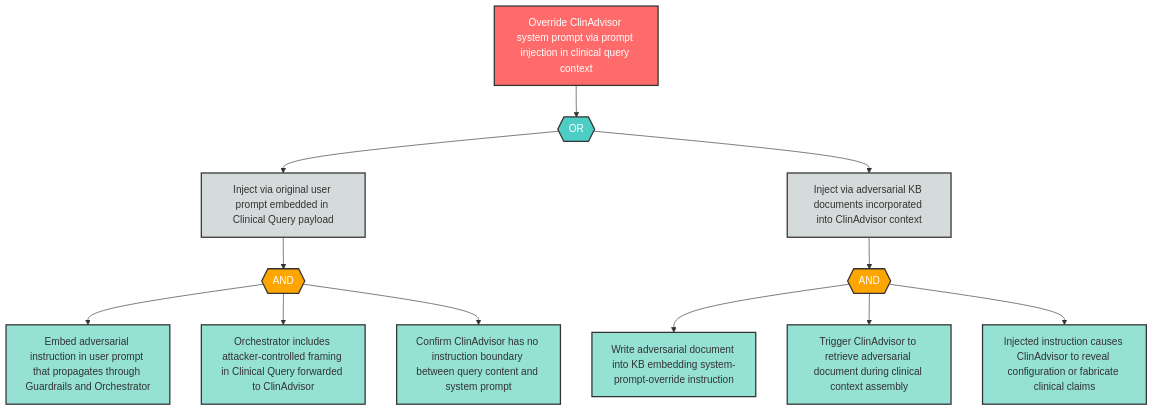
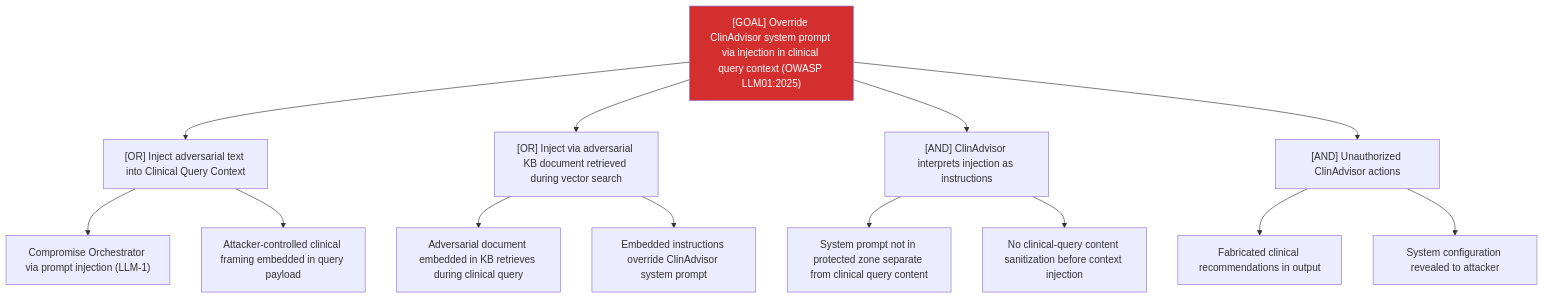
One commit to q-qp-p/davidmatousek-tachi changed the diagram in examples/agentic-app/sample-report/attack-trees/LLM-13-attack-tree.md. Above: the diagram before and after it, drawn with Mermaid. The commit also changed other lines of this file and 132 other files, not shown here.

````diff
--- a/examples/agentic-app/sample-report/attack-trees/LLM-13-attack-tree.md
+++ b/examples/agentic-app/sample-report/attack-trees/LLM-13-attack-tree.md
@@ -8,39 +7,18 @@
 ```mermaid
-flowchart TD
-    LLM13_root["Override ClinAdvisor system prompt via prompt injection in clinical query context"]
-    LLM13_or1{{"OR"}}
-    LLM13_sub1["Inject via original user prompt embedded in Clinical Query payload"]
-    LLM13_sub2["Inject via adversarial KB documents incorporated into ClinAdvisor context"]
-    LLM13_and1{{"AND"}}
-    LLM13_leaf1["Embed adversarial instruction in user prompt that propagates through Guardrails and Orchestrator"]
-    LLM13_leaf2["Orchestrator includes attacker-controlled framing in Clinical Query forwarded to ClinAdvisor"]
-    LLM13_leaf3["Confirm ClinAdvisor has no instruction boundary between query content and system prompt"]
-    LLM13_and2{{"AND"}}
-    LLM13_leaf4["Write adversarial document into KB embedding system-prompt-override instruction"]
-    LLM13_leaf5["Trigger ClinAdvisor to retrieve adversarial document during clinical context assembly"]
-    LLM13_leaf6["Injected instruction causes ClinAdvisor to reveal configuration or fabricate clinical claims"]
-
-    LLM13_root --> LLM13_or1
-    LLM13_or1 --> LLM13_sub1
-    LLM13_or1 --> LLM13_sub2
-    LLM13_sub1 --> LLM13_and1
-    LLM13_and1 --> LLM13_leaf1
-    LLM13_and1 --> LLM13_leaf2
-    LLM13_and1 --> LLM13_leaf3
-    LLM13_sub2 --> LLM13_and2
-    LLM13_and2 --> LLM13_leaf4
-    LLM13_and2 --> LLM13_leaf5
-    LLM13_and2 --> LLM13_leaf6
-
-    classDef goal fill:#ff6b6b,stroke:#333,stroke-width:2px,color:#fff
-    classDef andGate fill:#ffa500,stroke:#333,stroke-width:2px,color:#fff
-    classDef orGate fill:#4ecdc4,stroke:#333,stroke-width:2px,color:#fff
-    classDef subGoal fill:#d5dbdb,stroke:#333,stroke-width:2px,color:#333
-    classDef leaf fill:#95e1d3,stroke:#333,stroke-width:2px,color:#333
-
-    class LLM13_root goal
-    class LLM13_or1 orGate
-    class LLM13_and1,LLM13_and2 andGate
-    class LLM13_sub1,LLM13_sub2 subGoal
-    class LLM13_leaf1,LLM13_leaf2,LLM13_leaf3,LLM13_leaf4,LLM13_leaf5,LLM13_leaf6 leaf
+graph TD
+    Goal["[GOAL] Override ClinAdvisor system prompt via injection in clinical query context (OWASP LLM01:2025)"]
+    Goal --> A["[OR] Inject adversarial text into Clinical Query Context"]
+    A --> A1["Compromise Orchestrator via prompt injection (LLM-1)"]
+    A --> A2["Attacker-controlled clinical framing embedded in query payload"]
+    Goal --> B["[OR] Inject via adversarial KB document retrieved during vector search"]
+    B --> B1["Adversarial document embedded in KB retrieves during clinical query"]
+    B --> B2["Embedded instructions override ClinAdvisor system prompt"]
+    Goal --> C["[AND] ClinAdvisor interprets injection as instructions"]
+    C --> C1["System prompt not in protected zone separate from clinical query content"]
+    C --> C2["No clinical-query content sanitization before context injection"]
+    Goal --> D["[AND] Unauthorized ClinAdvisor actions"]
+    D --> D1["Fabricated clinical recommendations in output"]
+    D --> D2["System configuration revealed to attacker"]
+    classDef critical fill:#d32f2f,color:#fff
+    class Goal critical
 ```
````
